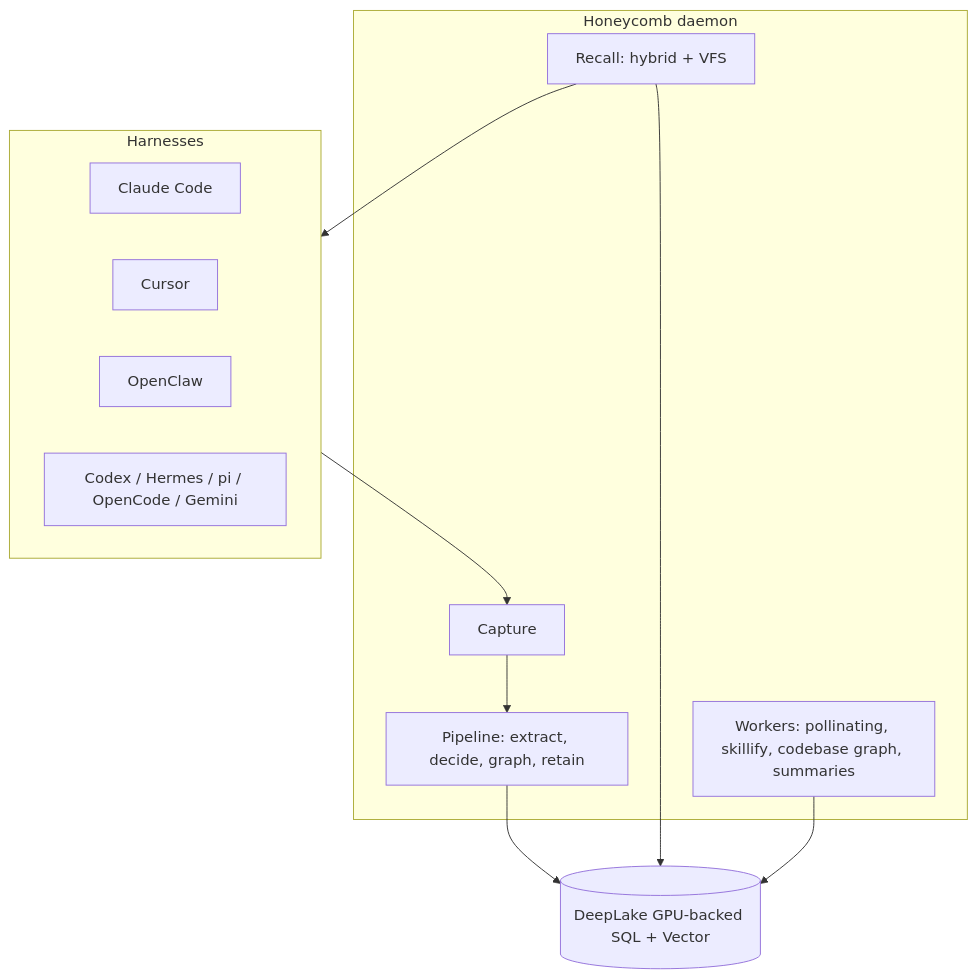
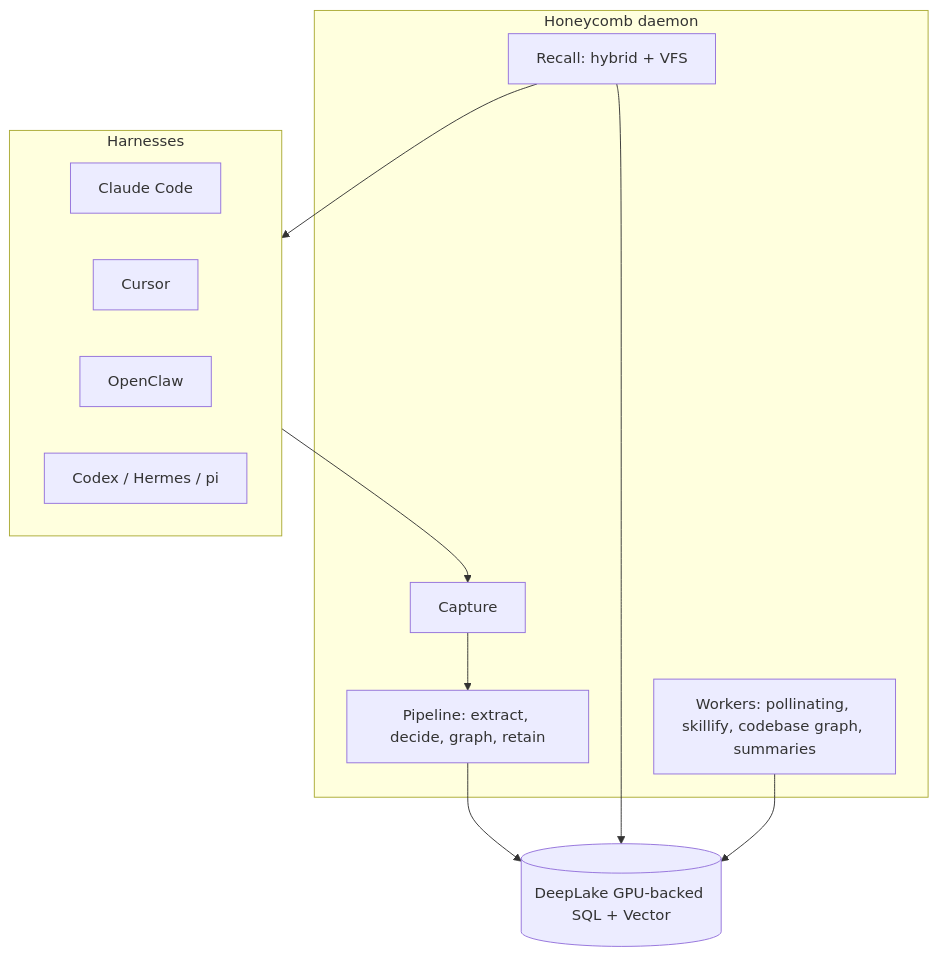
The diagram in library/knowledge/private/overview.md (legioncodeinc/honeycomb), drawn with Mermaid before and after one commit. The commit also changed other lines of this file and 24 other files, not shown here.

````diff
--- a/library/knowledge/private/overview.md
+++ b/library/knowledge/private/overview.md
@@ -29,23 +29,23 @@
 ```mermaid
 flowchart TB
     subgraph harnesses[Harnesses]
         cc[Claude Code]
         cur[Cursor]
         ocl[OpenClaw]
-        more[Codex / Hermes / pi / OpenCode / Gemini]
+        more[Codex / Hermes / pi]
     end
     subgraph runtime[Honeycomb daemon]
         capture[Capture]
         pipeline[Pipeline: extract, decide, graph, retain]
         recall[Recall: hybrid + VFS]
         workers[Workers: pollinating, skillify, codebase graph, summaries]
     end
     store[(DeepLake GPU-backed SQL + Vector)]
 
     harnesses --> capture
     capture --> pipeline
     pipeline --> store
     recall --> store
     workers --> store
     recall --> harnesses
 ```
````
